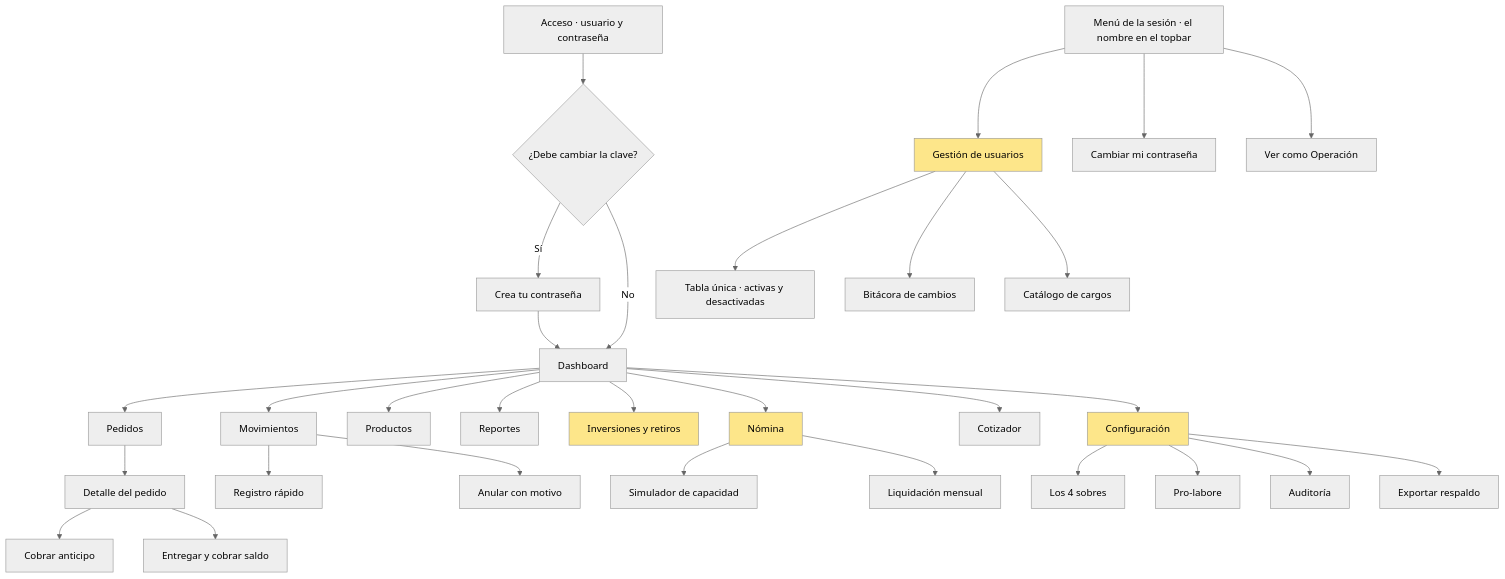
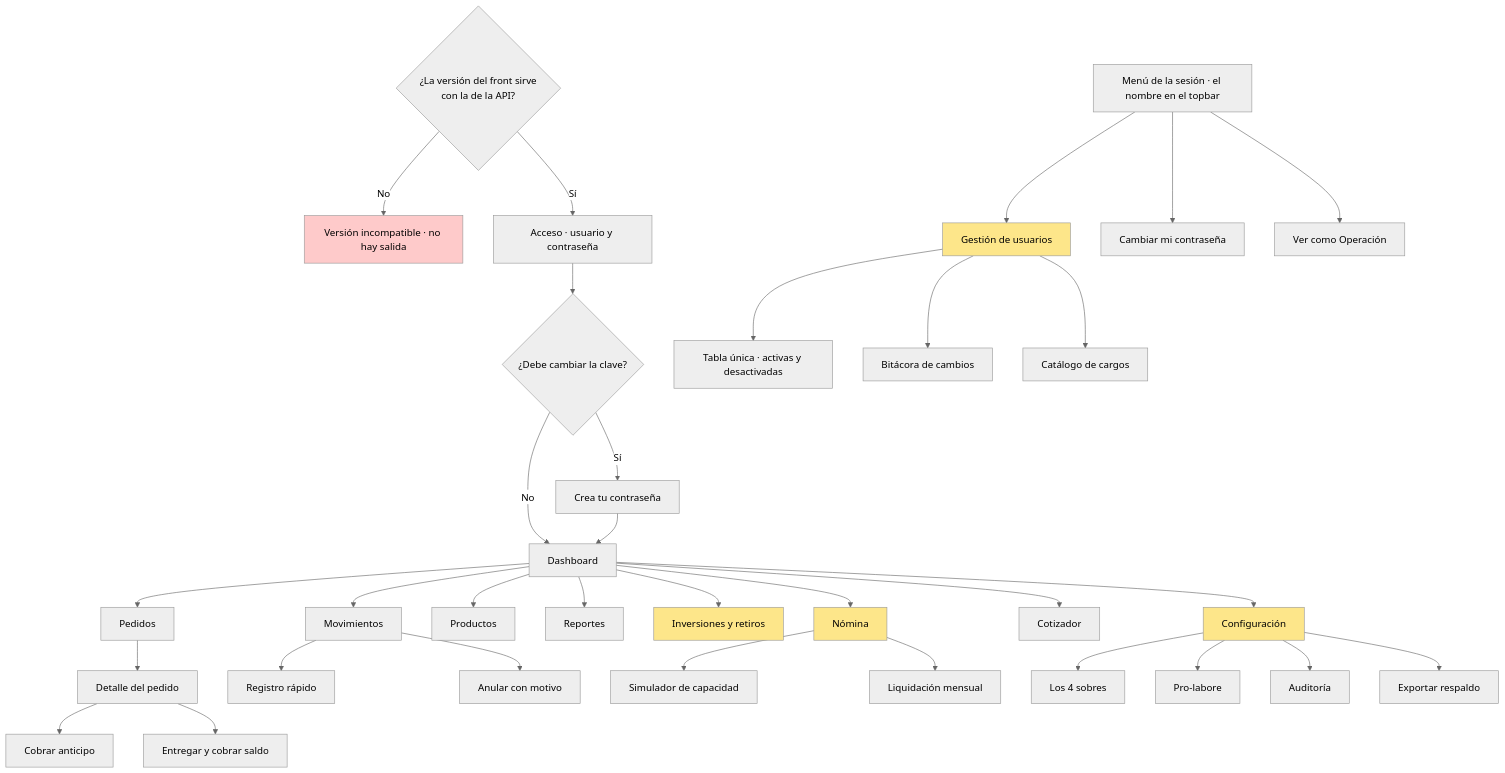
Before and after one commit to Juanchope039/Finanzas-PRISMA: the diagram in docs/10-ux-y-mockups.md, drawn with Mermaid (neutral theme). The commit also changed other lines of this file and 22 other files, not shown here.

````diff
--- a/docs/10-ux-y-mockups.md
+++ b/docs/10-ux-y-mockups.md
@@ -47,44 +47,48 @@
 ```mermaid
 graph TD
-  L[Acceso · usuario y contraseña] --> V{¿Debe cambiar la clave?}
+  A0{¿La versión del front sirve
+con la de la API?} -->|No| VI[Versión incompatible · no hay salida]
+  A0 -->|Sí| L[Acceso · usuario y contraseña]
+  L --> V{¿Debe cambiar la clave?}
   V -->|Sí| CC[Crea tu contraseña]
   V -->|No| D[Dashboard]
   CC --> D
 
   D --> P[Pedidos]
   D --> M[Movimientos]
   D --> PR[Productos]
   D --> R[Reportes]
   D --> I[Inversiones y retiros]
   D --> N[Nómina]
   D --> C[Cotizador]
   D --> CF[Configuración]
 
   MS[Menú de la sesión · el nombre en el topbar] --> U[Gestión de usuarios]
   MS --> MP[Cambiar mi contraseña]
   MS --> VO[Ver como Operación]
 
   P --> PD[Detalle del pedido]
   PD --> PA[Cobrar anticipo]
   PD --> PE[Entregar y cobrar saldo]
 
   M --> MR[Registro rápido]
   M --> MA[Anular con motivo]
 
   N --> NS[Simulador de capacidad]
   N --> NL[Liquidación mensual]
 
   CF --> CS[Los 4 sobres]
   CF --> CP[Pro-labore]
   CF --> CA[Auditoría]
   CF --> CE[Exportar respaldo]
 
   U --> UT[Tabla única · activas y desactivadas]
   U --> UB[Bitácora de cambios]
   U --> UC[Catálogo de cargos]
 
   style N fill:#fde68a
   style I fill:#fde68a
   style CF fill:#fde68a
   style U fill:#fde68a
+  style VI fill:#fecaca
 ```
````
